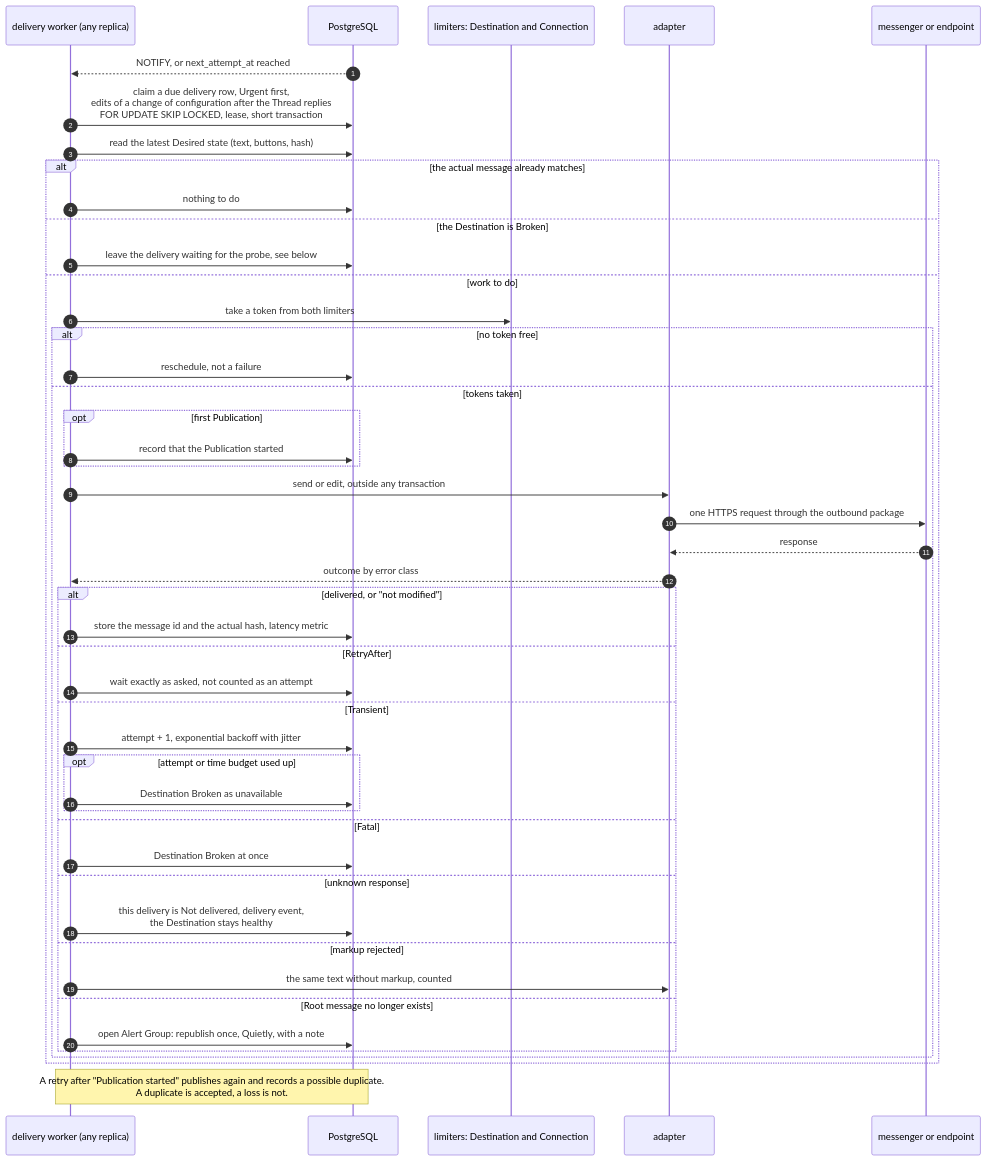
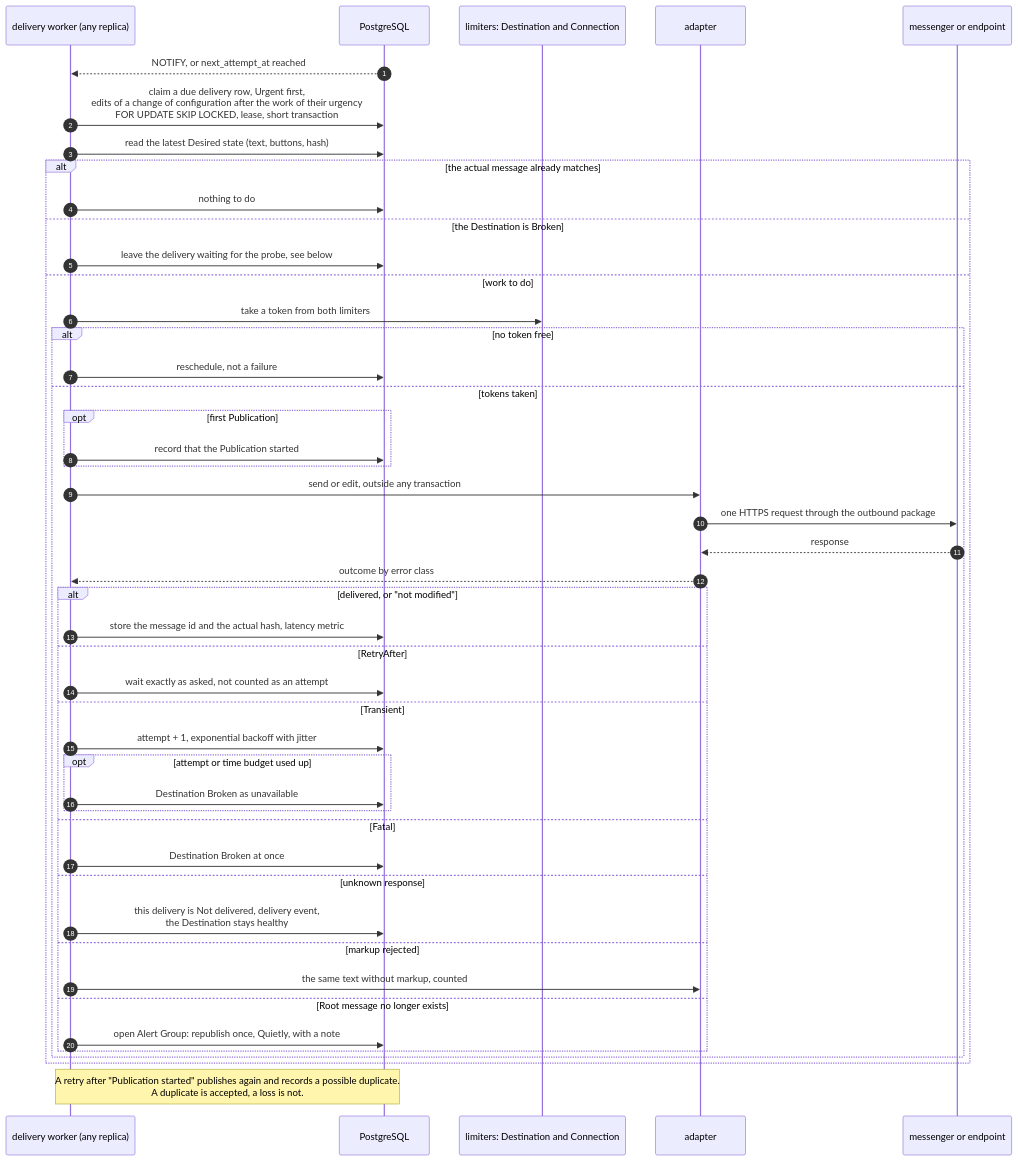
Before and after one commit to muster-io/muster: diagram 13 of 29 in design/architecture.md, drawn with Mermaid. The commit also changed other lines of this file and 11 other files, not shown here.

Commit message:
fix(delivery): put urgent configuration edits ahead of other work and bound the configuration pass

````diff
--- a/design/architecture.md
+++ b/design/architecture.md
@@ -848,50 +850,50 @@
 ```mermaid
 sequenceDiagram
     autonumber
     participant DW as delivery worker (any replica)
     participant DB as PostgreSQL
     participant LM as limiters: Destination and Connection
     participant AD as adapter
     participant MS as messenger or endpoint
 
     DB-->>DW: NOTIFY, or next_attempt_at reached
-    DW->>DB: claim a due delivery row, Urgent first,<br/>edits of a change of configuration after the Thread replies<br/>FOR UPDATE SKIP LOCKED, lease, short transaction
+    DW->>DB: claim a due delivery row, Urgent first,<br/>edits of a change of configuration after the work of their urgency<br/>FOR UPDATE SKIP LOCKED, lease, short transaction
     DW->>DB: read the latest Desired state (text, buttons, hash)
     alt the actual message already matches
         DW->>DB: nothing to do
     else the Destination is Broken
         DW->>DB: leave the delivery waiting for the probe, see below
     else work to do
         DW->>LM: take a token from both limiters
         alt no token free
             DW->>DB: reschedule, not a failure
         else tokens taken
             opt first Publication
                 DW->>DB: record that the Publication started
             end
             DW->>AD: send or edit, outside any transaction
             AD->>MS: one HTTPS request through the outbound package
             MS-->>AD: response
             AD-->>DW: outcome by error class
             alt delivered, or "not modified"
                 DW->>DB: store the message id and the actual hash, latency metric
             else RetryAfter
                 DW->>DB: wait exactly as asked, not counted as an attempt
             else Transient
                 DW->>DB: attempt + 1, exponential backoff with jitter
                 opt attempt or time budget used up
                     DW->>DB: Destination Broken as unavailable
                 end
             else Fatal
                 DW->>DB: Destination Broken at once
             else unknown response
                 DW->>DB: this delivery is Not delivered, delivery event,<br/>the Destination stays healthy
             else markup rejected
                 DW->>AD: the same text without markup, counted
             else Root message no longer exists
                 DW->>DB: open Alert Group: republish once, Quietly, with a note
             end
         end
     end
     Note over DW,DB: A retry after "Publication started" publishes again and records a possible duplicate.<br/>A duplicate is accepted, a loss is not.
 ```
````
